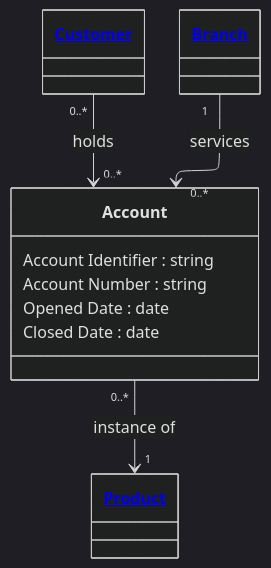
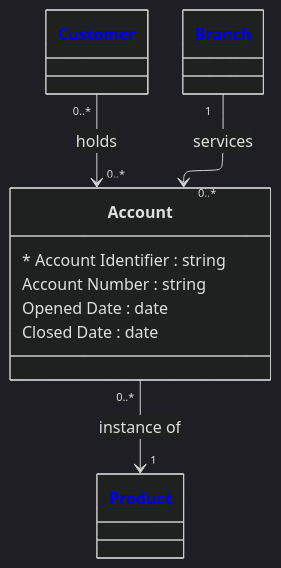
One commit to Semprini/md-ddl changed the diagram in examples/Financial Crime/entities/account.md. Above: the diagram before and after it, drawn with Mermaid (dark theme). The commit also changed 60 other files, not shown here.

````diff
--- a/examples/Financial Crime/entities/account.md
+++ b/examples/Financial Crime/entities/account.md
@@ -9,21 +9,21 @@
 ```mermaid
 ---
 config:
   layout: elk
 ---
 classDiagram
   class Account{
-    Account Identifier : string
+    * Account Identifier : string
     Account Number : string
     Opened Date : date
     Closed Date : date
   }
 
   Customer "0..*" --> "0..*" Account : holds
   Account "0..*" --> "1" Product : instance of
   Branch "1" --> "0..*" Account : services
 
   class Customer["<a href='customer.md'>Customer</a>"]
   class Product["<a href='product.md'>Product</a>"]
   class Branch["<a href='branch.md'>Branch</a>"]
 ```
````
